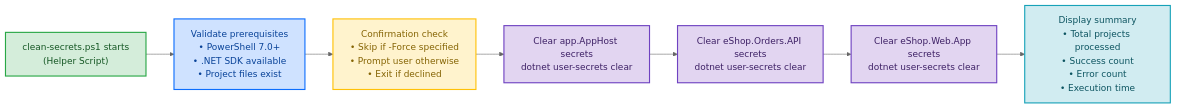
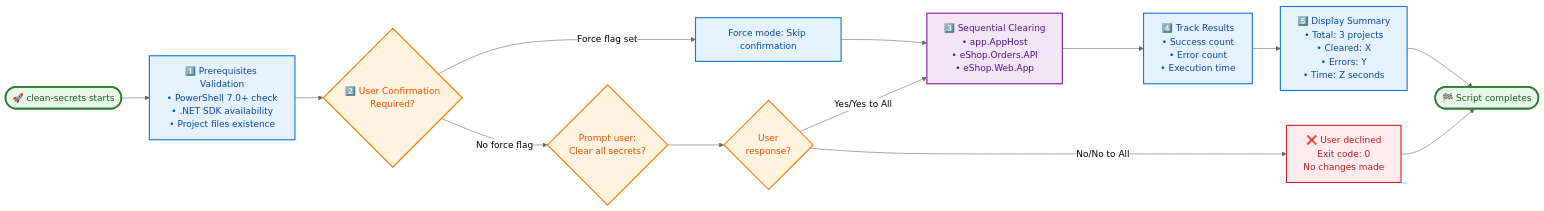
One commit to Evilazaro/Azure-LogicApps-Monitoring changed the first of 2 diagrams in hooks/clean-secrets.md. Above: the diagram before and after it, drawn with Mermaid (neutral theme). The commit also changed other lines of this file and 1 other file, not shown here.

Commit message:
docs: Enhance documentation for check-dev-workstation and clean-secrets scripts with detailed integration points and usage instructions

````diff
--- a/hooks/clean-secrets.md
+++ b/hooks/clean-secrets.md
@@ -449,22 +468,39 @@
 ```mermaid
 flowchart LR
-    Start["clean-secrets.ps1 starts<br/>(Helper Script)"]
-    Start --> Validate["Validate prerequisites<br/>• PowerShell 7.0+<br/>• .NET SDK available<br/>• Project files exist"]
-    Validate --> Confirm["Confirmation check<br/>• Skip if -Force specified<br/>• Prompt user otherwise<br/>• Exit if declined"]
-    Confirm --> Clear1["Clear app.AppHost secrets<br/>dotnet user-secrets clear"]
-    Clear1 --> Clear2["Clear eShop.Orders.API secrets<br/>dotnet user-secrets clear"]
-    Clear2 --> Clear3["Clear eShop.Web.App secrets<br/>dotnet user-secrets clear"]
-    Clear3 --> Summary["Display summary<br/>• Total projects processed<br/>• Success count<br/>• Error count<br/>• Execution time"]
+    Start(["🚀 clean-secrets starts"])
+    Validate["1️⃣ Prerequisites Validation<br/>• PowerShell 7.0+ check<br/>• .NET SDK availability<br/>• Project files existence"]
+    Confirm{"2️⃣ User Confirmation<br/>Required?"}
+    ForceMode["Force mode: Skip confirmation"]
+    PromptUser{"Prompt user:<br/>Clear all secrets?"}
+    UserDecision{"User<br/>response?"}
+    Declined["❌ User declined<br/>Exit code: 0<br/>No changes made"]
+    Clear["3️⃣ Sequential Clearing<br/>• app.AppHost<br/>• eShop.Orders.API<br/>• eShop.Web.App"]
+    Track["4️⃣ Track Results<br/>• Success count<br/>• Error count<br/>• Execution time"]
+    Summary["5️⃣ Display Summary<br/>• Total: 3 projects<br/>• Cleared: X<br/>• Errors: Y<br/>• Time: Z seconds"]
+    End(["🏁 Script completes"])
     
-    classDef startClass fill:#d4edda,stroke:#28a745,stroke-width:2px,color:#155724
-    classDef validateClass fill:#cfe2ff,stroke:#0d6efd,stroke-width:2px,color:#084298
-    classDef confirmClass fill:#fff3cd,stroke:#ffc107,stroke-width:2px,color:#856404
-    classDef clearClass fill:#e2d5f1,stroke:#6f42c1,stroke-width:2px,color:#3d2065
-    classDef summaryClass fill:#d1ecf1,stroke:#17a2b8,stroke-width:2px,color:#0c5460
+    Start --> Validate
+    Validate --> Confirm
+    Confirm -->|Force flag set| ForceMode
+    Confirm -->|No force flag| PromptUser
+    ForceMode --> Clear
+    PromptUser --> UserDecision
+    UserDecision -->|Yes/Yes to All| Clear
+    UserDecision -->|No/No to All| Declined
+    Declined --> End
+    Clear --> Track
+    Track --> Summary
+    Summary --> End
     
-    class Start startClass
-    class Validate validateClass
-    class Confirm confirmClass
-    class Clear1,Clear2,Clear3 clearClass
-    class Summary summaryClass
+    classDef startEnd fill:#e8f5e9,stroke:#2e7d32,stroke-width:3px,color:#1b5e20
+    classDef process fill:#e3f2fd,stroke:#1976d2,stroke-width:2px,color:#0d47a1
+    classDef decision fill:#fff3e0,stroke:#f57c00,stroke-width:2px,color:#e65100
+    classDef clear fill:#f3e5f5,stroke:#7b1fa2,stroke-width:2px,color:#4a148c
+    classDef declined fill:#ffebee,stroke:#c62828,stroke-width:2px,color:#b71c1c
+    
+    class Start,End startEnd
+    class Validate,ForceMode,Track,Summary process
+    class Confirm,PromptUser,UserDecision decision
+    class Clear clear
+    class Declined declined
 ```
````
